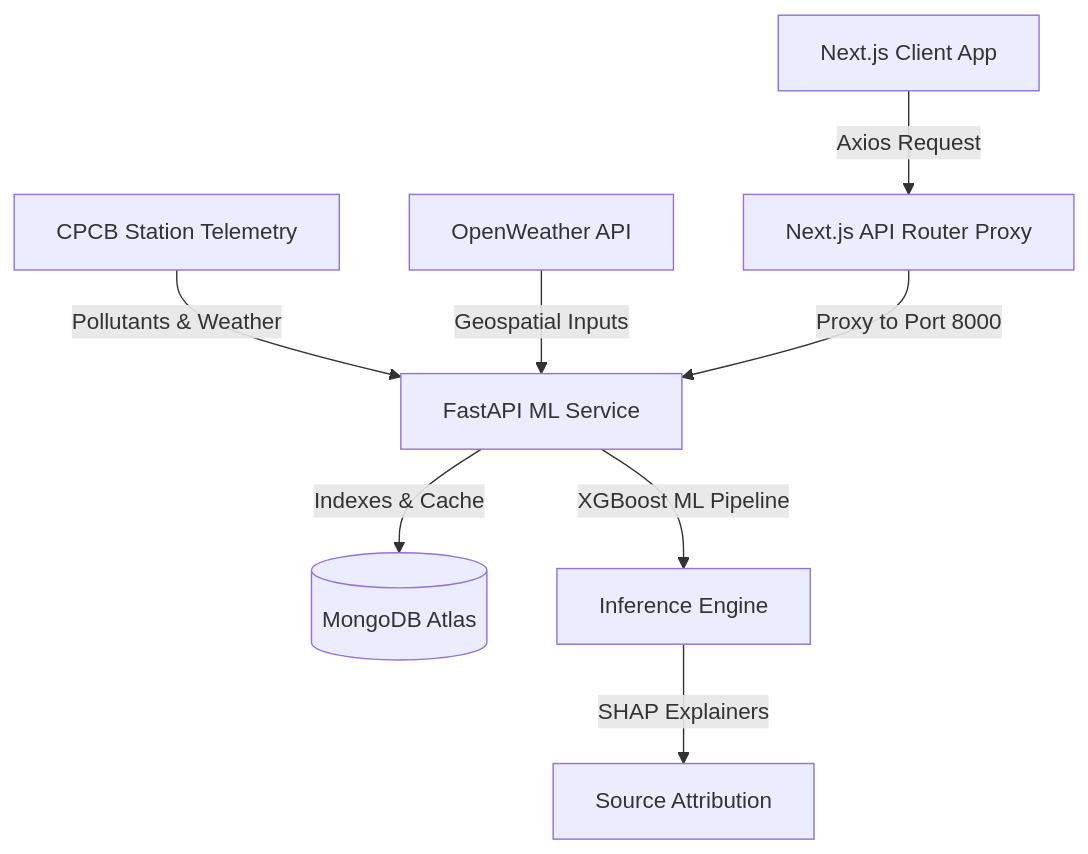
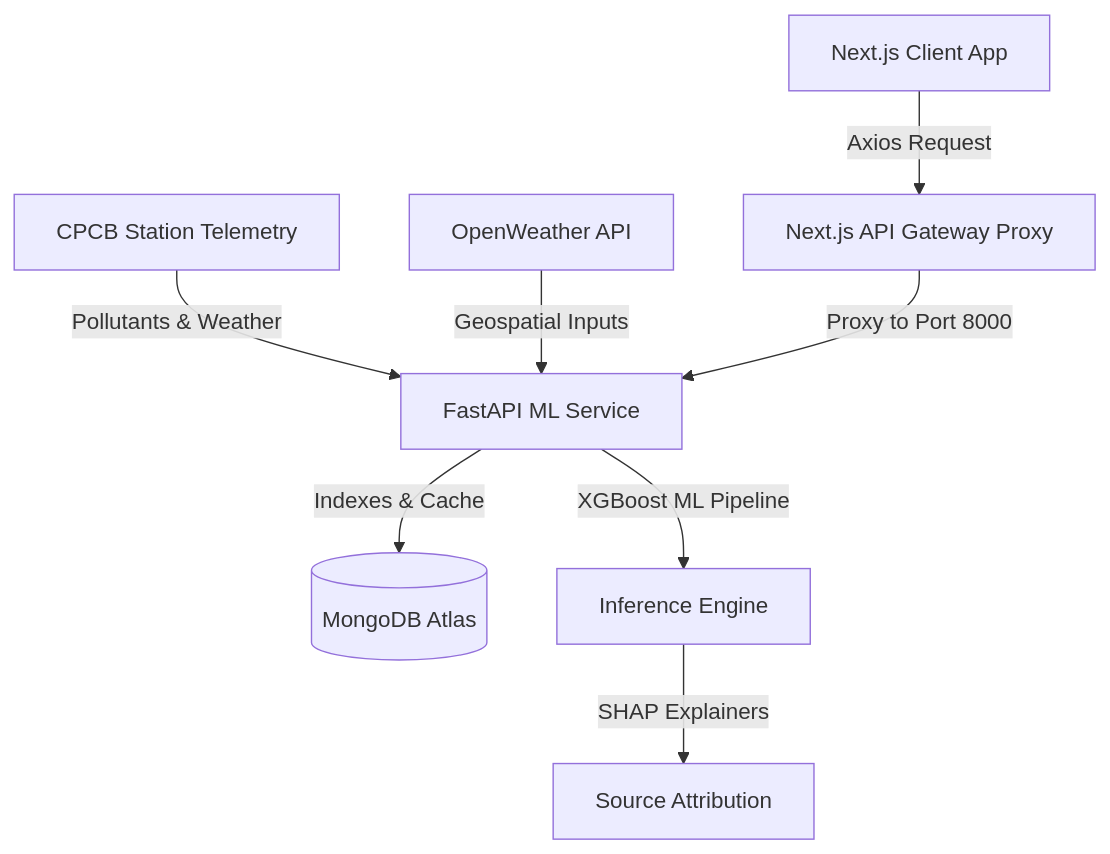
The diagram in hackathon_docs/hackathon_submission_documentation.md (Diptadeep-21/AeroVariance), drawn with Mermaid before and after one commit. The commit also changed other lines of this file, not shown here.

````diff
--- a/hackathon_docs/hackathon_submission_documentation.md
+++ b/hackathon_docs/hackathon_submission_documentation.md
@@ -69,15 +63,15 @@
 ```mermaid
 graph TD
     %% Ingestion
     A1[CPCB Station Telemetry] -->|Pollutants & Weather| B[FastAPI ML Service]
     A2[OpenWeather API] -->|Geospatial Inputs| B
     
     %% Compute & DB
     B -->|Indexes & Cache| C[(MongoDB Atlas)]
     B -->|XGBoost ML Pipeline| D[Inference Engine]
     D -->|SHAP Explainers| E[Source Attribution]
     
     %% Client Gateway
-    F[Next.js Client App] -->|Axios Request| G[Next.js API Router Proxy]
+    F[Next.js Client App] -->|Axios Request| G[Next.js API Gateway Proxy]
     G -->|Proxy to Port 8000| B
 ```
````
